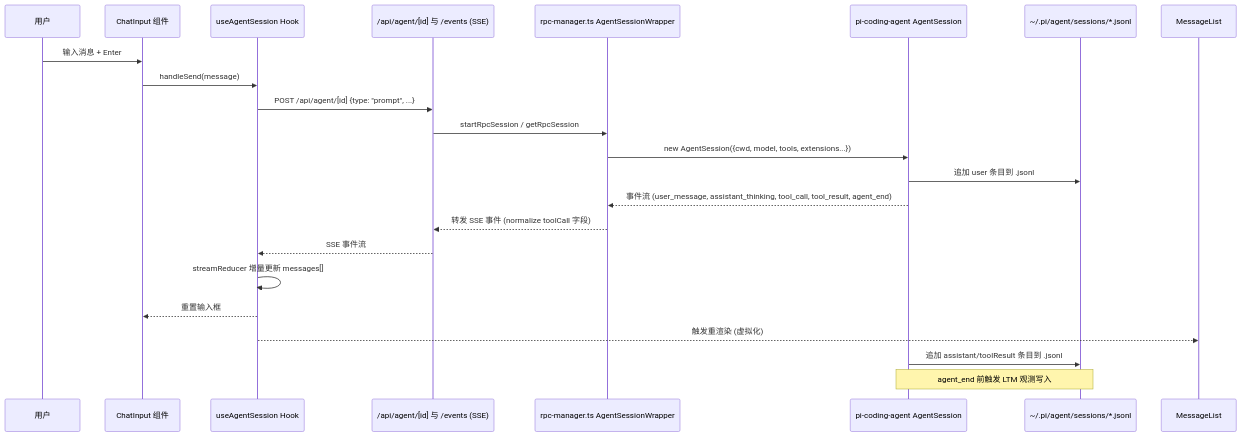
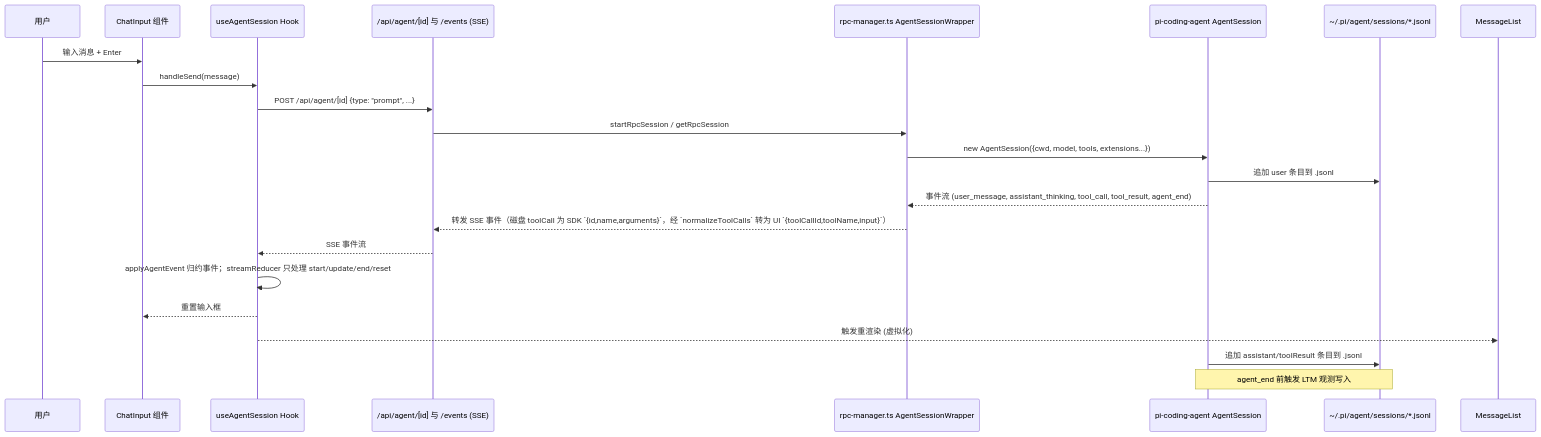
The second of 2 diagrams in .zread/wiki/versions/2026-10-06-001245/1-xiang-mu-gai-lan.md (Chasen-Liao/pi-agent-desktop), drawn with Mermaid before and after one commit. The commit also changed other lines of this file and 29 other files, not shown here.

First line of the commit message:
docs(wiki): align zread wiki with main architecture

````diff
--- a/.zread/wiki/versions/2026-10-06-001245/1-xiang-mu-gai-lan.md
+++ b/.zread/wiki/versions/2026-10-06-001245/1-xiang-mu-gai-lan.md
@@ -258,25 +265,25 @@
 ```mermaid
 sequenceDiagram
     participant User as 用户
     participant ChatInput as ChatInput 组件
     participant useAgentSession as useAgentSession Hook
     participant API as /api/agent/[id] 与 /events (SSE)
     participant RPC as rpc-manager.ts AgentSessionWrapper
     participant SDK as pi-coding-agent AgentSession
     participant FS as ~/.pi/agent/sessions/*.jsonl
 
     User->>ChatInput: 输入消息 + Enter
     ChatInput->>useAgentSession: handleSend(message)
     useAgentSession->>API: POST /api/agent/[id] {type: "prompt", ...}
     API->>RPC: startRpcSession / getRpcSession
     RPC->>SDK: new AgentSession({cwd, model, tools, extensions...})
     SDK->>FS: 追加 user 条目到 .jsonl
     SDK-->>RPC: 事件流 (user_message, assistant_thinking, tool_call, tool_result, agent_end)
-    RPC-->>API: 转发 SSE 事件 (normalize toolCall 字段)
+    RPC-->>API: 转发 SSE 事件（磁盘 toolCall 为 SDK `{id,name,arguments}`，经 `normalizeToolCalls` 转为 UI `{toolCallId,toolName,input}`）
     API-->>useAgentSession: SSE 事件流
-    useAgentSession->>useAgentSession: streamReducer 增量更新 messages[]
+    useAgentSession->>useAgentSession: applyAgentEvent 归约事件；streamReducer 只处理 start/update/end/reset
     useAgentSession-->>ChatInput: 重置输入框
     useAgentSession-->>MessageList: 触发重渲染 (虚拟化)
     SDK->>FS: 追加 assistant/toolResult 条目到 .jsonl
     Note over SDK,FS: agent_end 前触发 LTM 观测写入
 ```
````
